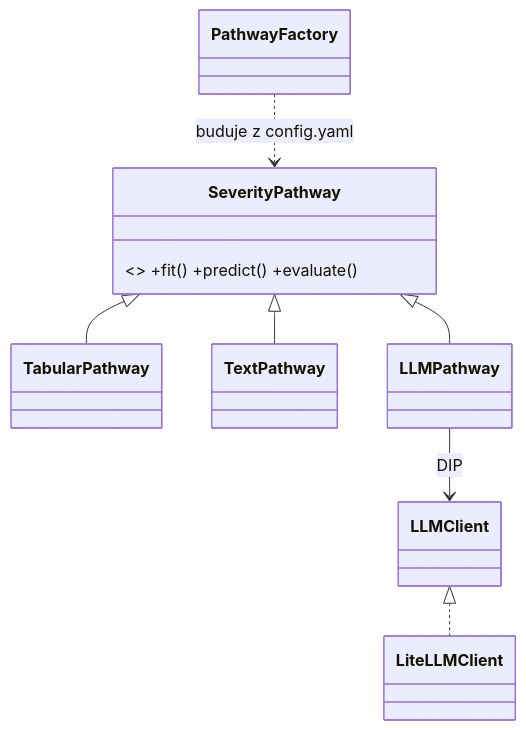
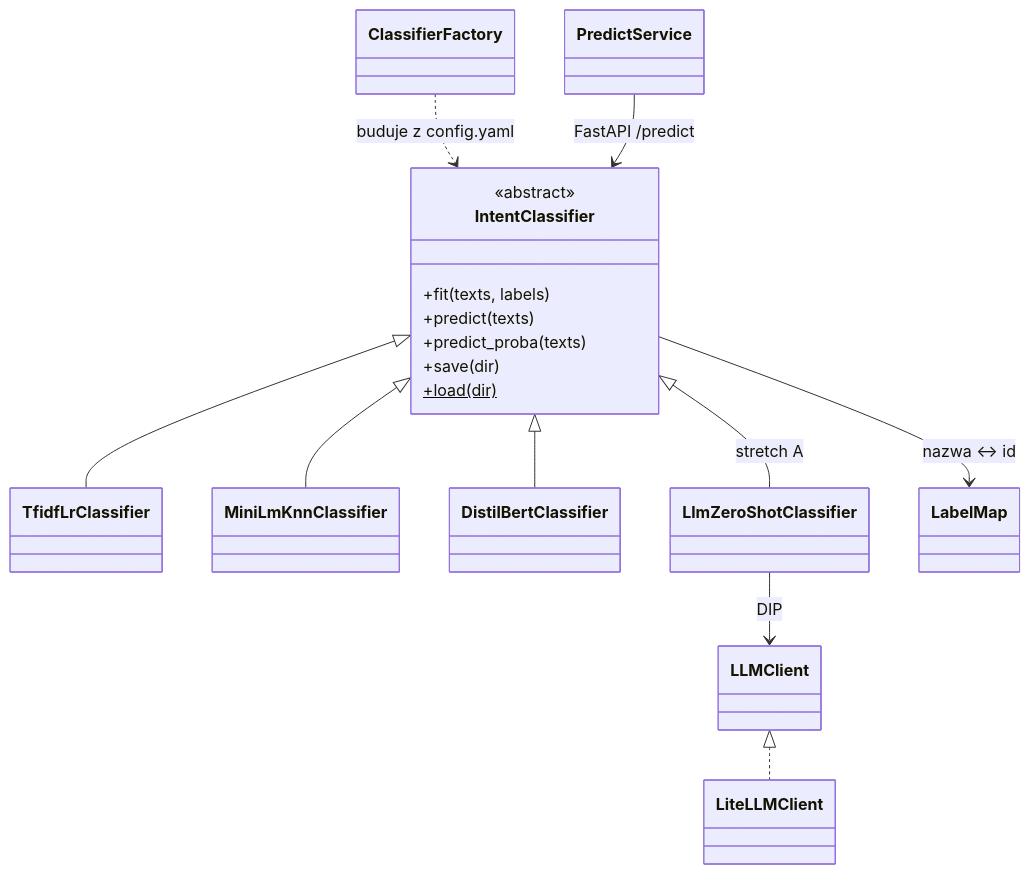
One commit to MarcinPrDev/banking77-intent-ml changed the diagram in README.md. Above: the diagram before and after it, drawn with Mermaid. The commit also changed other lines of this file and 13 other files, not shown here.

````diff
--- a/README.md
+++ b/README.md
@@ -67,10 +119,20 @@
 ```mermaid
 classDiagram
-    class SeverityPathway { <<abstract>> +fit() +predict() +evaluate() }
-    SeverityPathway <|-- TabularPathway
-    SeverityPathway <|-- TextPathway
-    SeverityPathway <|-- LLMPathway
-    PathwayFactory ..> SeverityPathway : buduje z config.yaml
-    LLMPathway --> LLMClient : DIP
+    class IntentClassifier {
+        <<abstract>>
+        +fit(texts, labels)
+        +predict(texts)
+        +predict_proba(texts)
+        +save(dir)
+        +load(dir)$
+    }
+    IntentClassifier <|-- TfidfLrClassifier
+    IntentClassifier <|-- MiniLmKnnClassifier
+    IntentClassifier <|-- DistilBertClassifier
+    IntentClassifier <|-- LlmZeroShotClassifier : stretch A
+    ClassifierFactory ..> IntentClassifier : buduje z config.yaml
+    IntentClassifier --> LabelMap : nazwa <-> id
+    LlmZeroShotClassifier --> LLMClient : DIP
     LLMClient <|.. LiteLLMClient
+    PredictService --> IntentClassifier : FastAPI /predict
 ```
````
